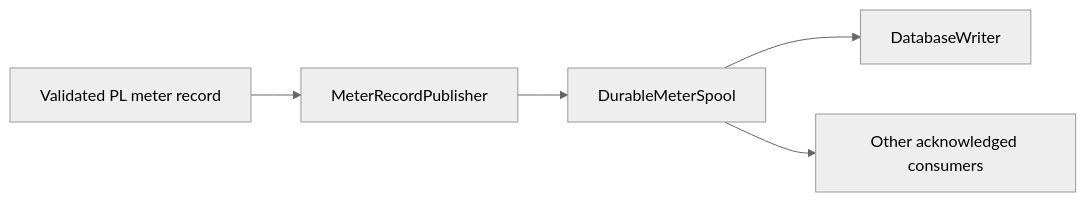
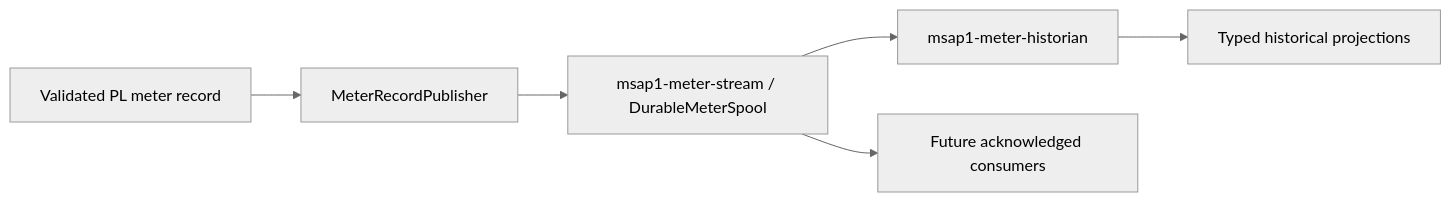
One commit to Monutchee/MSAP1_APU changed the diagram in common/mnc/MeterDataProvider/FUTURE_DURABLE_METER_PIPELINE.md. Above: the diagram before and after it, drawn with Mermaid (neutral theme). The commit also changed other lines of this file and 52 other files, not shown here.

Commit message:
feat: add durable meter stream and historian services

````diff
--- a/common/mnc/MeterDataProvider/FUTURE_DURABLE_METER_PIPELINE.md
+++ b/common/mnc/MeterDataProvider/FUTURE_DURABLE_METER_PIPELINE.md
@@ -10,7 +10,8 @@
 ```mermaid
 flowchart LR
     DMA["Validated PL meter record"] --> PUB["MeterRecordPublisher"]
-    PUB --> SPOOL["DurableMeterSpool"]
-    SPOOL --> DB["DatabaseWriter"]
-    SPOOL --> OTHER["Other acknowledged consumers"]
+    PUB --> SPOOL["msap1-meter-stream / DurableMeterSpool"]
+    SPOOL --> HIST["msap1-meter-historian"]
+    SPOOL --> OTHER["Future acknowledged consumers"]
+    HIST --> DB["Typed historical projections"]
 ```
````
